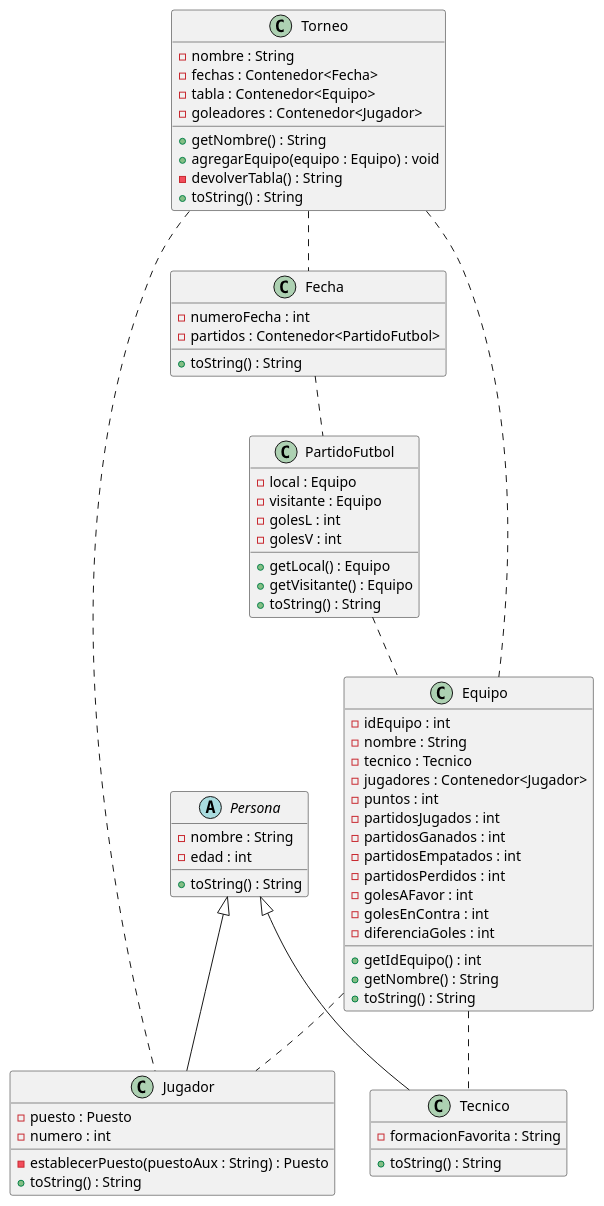
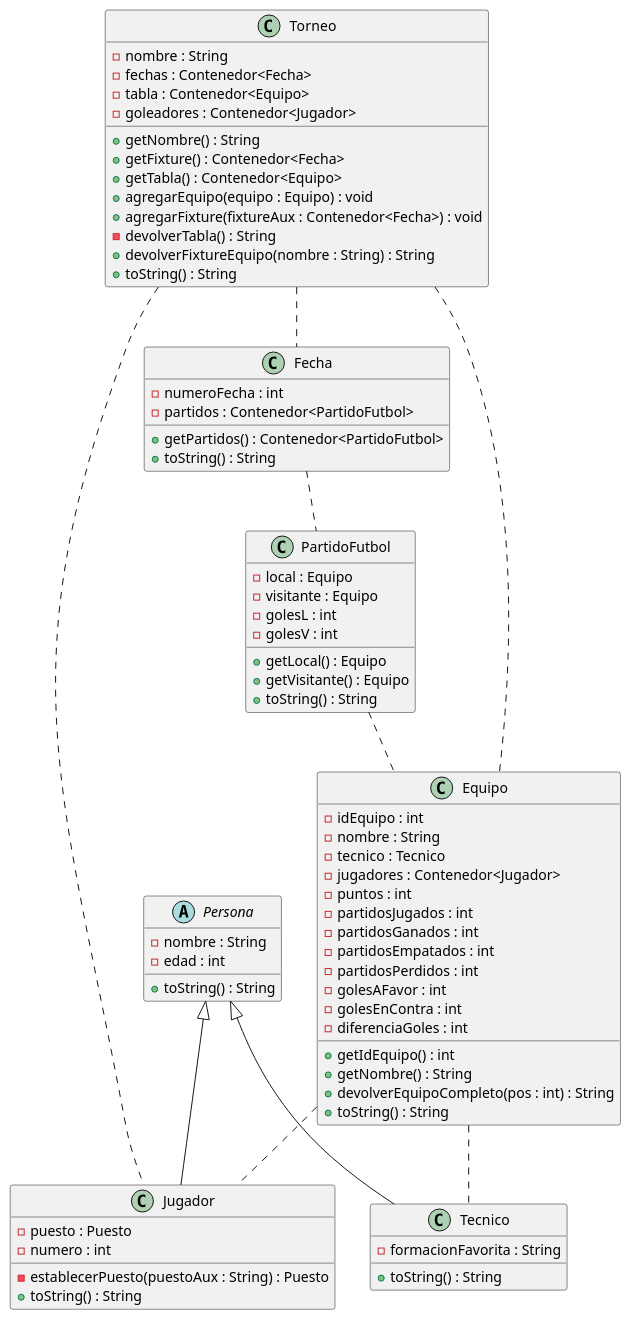
One commit to agustinrojass/appTorneo changed the diagram in out/production/appTorneo/classDiagram.puml. Above: the diagram before and after it, drawn with PlantUML. The commit also changed 49 other files, not shown here.

```diff
--- a/out/production/appTorneo/classDiagram.puml
+++ b/out/production/appTorneo/classDiagram.puml
@@ -1,65 +1,71 @@
 @startuml
 Torneo -. Fecha
 Torneo -. Equipo
 Torneo -. Jugador
 Fecha -. PartidoFutbol
 PartidoFutbol -. Equipo
 Equipo -. Jugador
 Equipo -. Tecnico
 class Torneo {
     - nombre : String
     - fechas : Contenedor<Fecha>
     - tabla : Contenedor<Equipo>
     - goleadores : Contenedor<Jugador>
     + getNombre() : String
+    + getFixture() : Contenedor<Fecha>
+    + getTabla() : Contenedor<Equipo>
     + agregarEquipo(equipo : Equipo) : void
+    + agregarFixture(fixtureAux : Contenedor<Fecha>) : void
     - devolverTabla() : String
+    + devolverFixtureEquipo(nombre : String) : String
     + toString() : String
 }
 class Fecha {
     - numeroFecha : int
     - partidos : Contenedor<PartidoFutbol>
+    + getPartidos() : Contenedor<PartidoFutbol>
     + toString() : String
 }
 class PartidoFutbol {
     - local : Equipo
     - visitante : Equipo
     - golesL : int
     - golesV : int
     + getLocal() : Equipo
     + getVisitante() : Equipo
     + toString() : String
 }
 class Equipo {
     - idEquipo : int
     - nombre : String
     - tecnico : Tecnico
     - jugadores : Contenedor<Jugador>
     - puntos : int
     - partidosJugados : int
     - partidosGanados : int
     - partidosEmpatados : int
     - partidosPerdidos : int
     - golesAFavor : int
     - golesEnContra : int
     - diferenciaGoles : int
     + getIdEquipo() : int
     + getNombre() : String
+    + devolverEquipoCompleto(pos : int) : String
     + toString() : String
 }
 abstract class Persona {
     - nombre : String
     - edad : int
     + toString() : String
 }
 class Jugador extends Persona {
     - puesto : Puesto
     - numero : int
     - establecerPuesto(puestoAux : String) : Puesto
     + toString() : String
 }
 class Tecnico extends Persona {
     - formacionFavorita : String
     + toString() : String
 }
 @enduml
```
